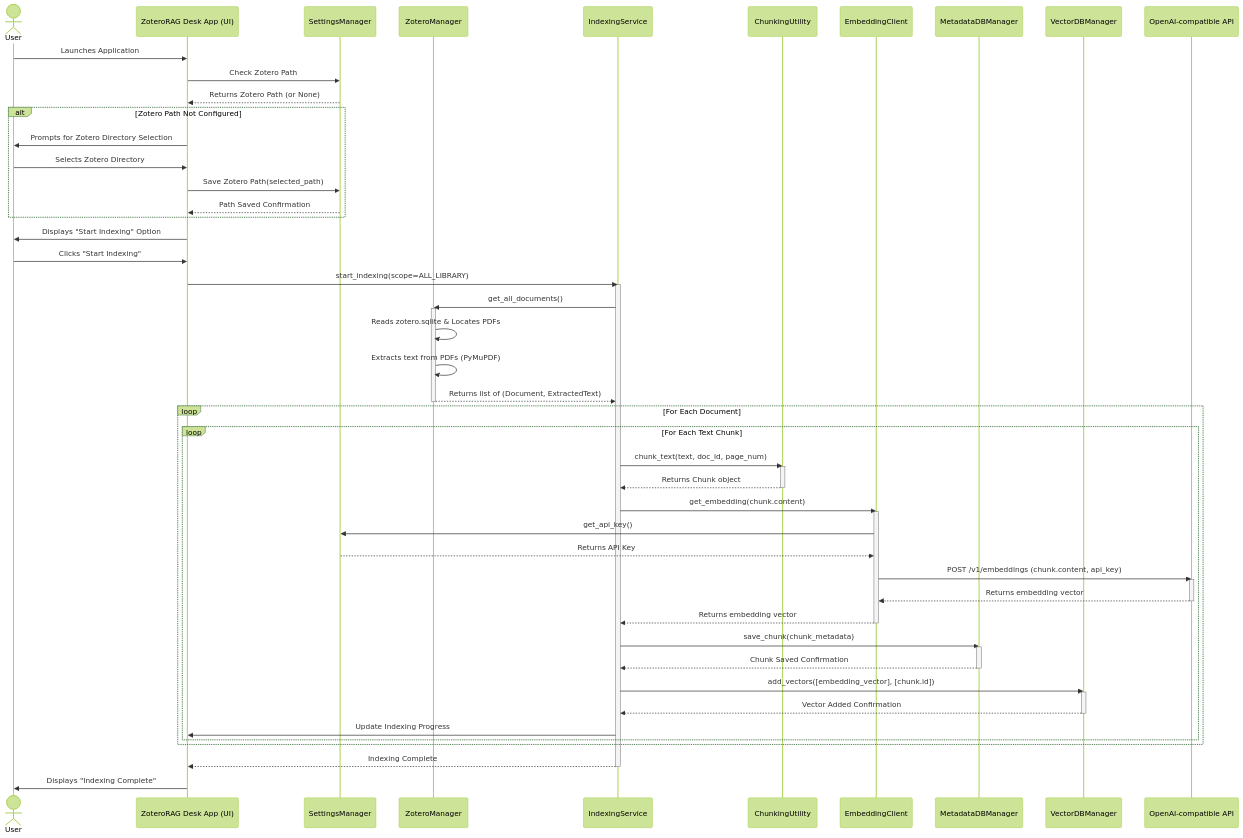
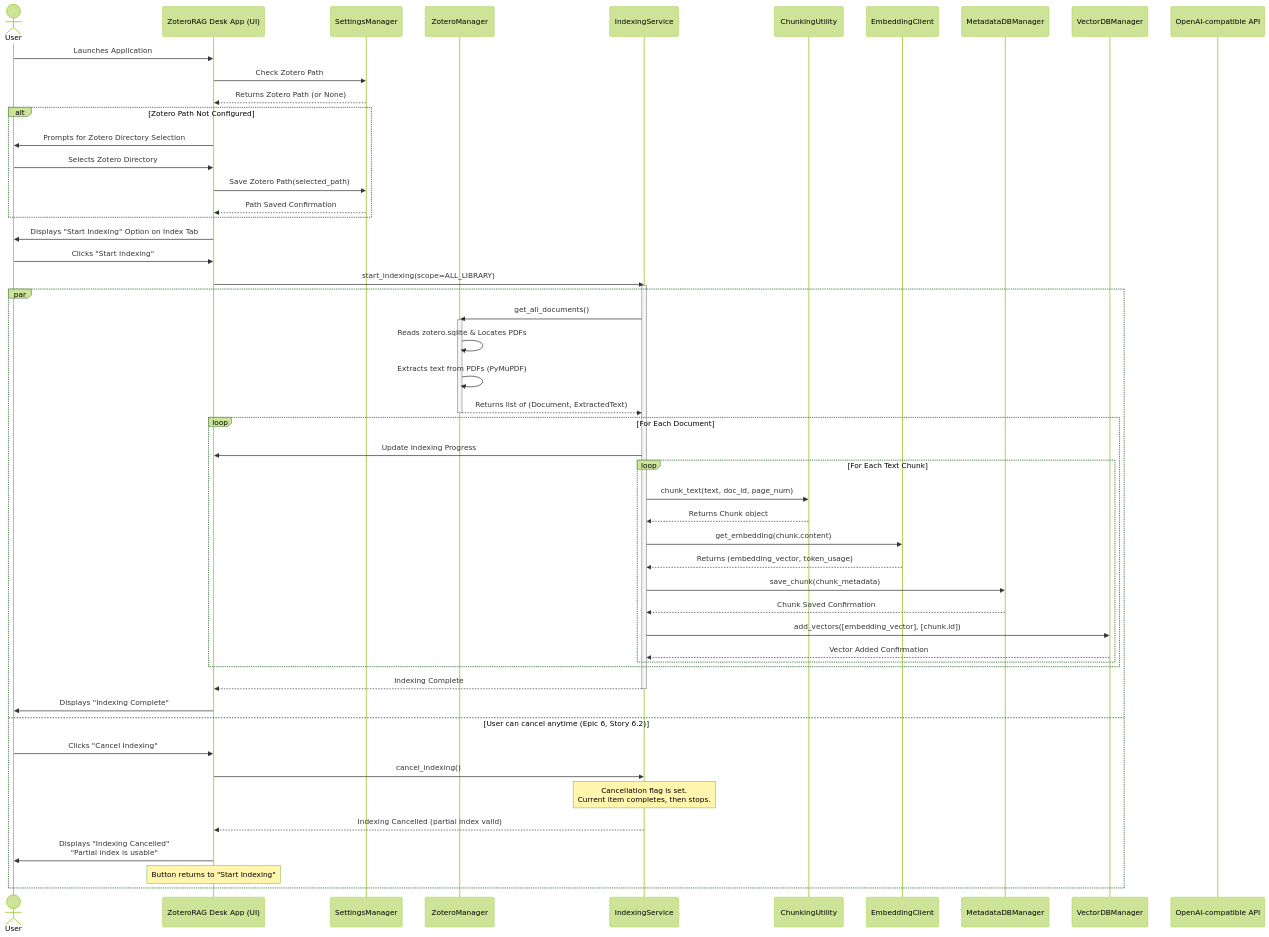
The third of 5 diagrams in docs/architecture.md (zzwwbs/ZoteroRAG), drawn with Mermaid (forest theme) before and after one commit. The commit also changed other lines of this file and 23 other files, not shown here.

First line of the commit message:
Epic 6: Complete Story 6.1 - Implement Tab-Based Interface

````diff
--- a/docs/architecture.md
+++ b/docs/architecture.md
@@ -549,72 +628,67 @@
 ```mermaid
 sequenceDiagram
     actor User
     participant UI as ZoteroRAG Desk App (UI)
     participant SM as SettingsManager
     participant ZM as ZoteroManager
     participant IS as IndexingService
     participant CU as ChunkingUtility
     participant EC as EmbeddingClient
     participant MDM as MetadataDBManager
     participant VDM as VectorDBManager
     participant OAI as OpenAI-compatible API
 
     User->>UI: Launches Application
     UI->>SM: Check Zotero Path
     SM-->>UI: Returns Zotero Path (or None)
 
     alt Zotero Path Not Configured
         UI->>User: Prompts for Zotero Directory Selection
         User->>UI: Selects Zotero Directory
         UI->>SM: Save Zotero Path(selected_path)
         SM-->>UI: Path Saved Confirmation
     end
 
-    UI->>User: Displays "Start Indexing" Option
+    UI->>User: Displays "Start Indexing" Option on Index Tab
     User->>UI: Clicks "Start Indexing"
     UI->>IS: start_indexing(scope=ALL_LIBRARY)
     activate IS
 
-    IS->>ZM: get_all_documents()
-    activate ZM
-    ZM->>ZM: Reads zotero.sqlite & Locates PDFs
-    ZM->>ZM: Extracts text from PDFs (PyMuPDF)
-    ZM-->>IS: Returns list of (Document, ExtractedText)
-    deactivate ZM
+    par
+        IS->>ZM: get_all_documents()
+        activate ZM
+        ZM->>ZM: Reads zotero.sqlite & Locates PDFs
+        ZM->>ZM: Extracts text from PDFs (PyMuPDF)
+        ZM-->>IS: Returns list of (Document, ExtractedText)
+        deactivate ZM
 
-    loop For Each Document
-        loop For Each Text Chunk
-            IS->>CU: chunk_text(text, doc_id, page_num)
-            activate CU
-            CU-->>IS: Returns Chunk object
-            deactivate CU
+        loop For Each Document
+            IS->>UI: Update Indexing Progress
 
-            IS->>EC: get_embedding(chunk.content)
-            activate EC
-            EC->>SM: get_api_key()
-            SM-->>EC: Returns API Key
-            EC->>OAI: POST /v1/embeddings (chunk.content, api_key)
-            activate OAI
-            OAI-->>EC: Returns embedding vector
-            deactivate OAI
-            EC-->>IS: Returns embedding vector
-            deactivate EC
+            loop For Each Text Chunk
+                IS->>CU: chunk_text(text, doc_id, page_num)
+                CU-->>IS: Returns Chunk object
 
-            IS->>MDM: save_chunk(chunk_metadata)
-            activate MDM
-            MDM-->>IS: Chunk Saved Confirmation
-            deactivate MDM
+                IS->>EC: get_embedding(chunk.content)
+                EC-->>IS: Returns (embedding_vector, token_usage)
 
-            IS->>VDM: add_vectors([embedding_vector], [chunk.id])
-            activate VDM
-            VDM-->>IS: Vector Added Confirmation
-            deactivate VDM
+                IS->>MDM: save_chunk(chunk_metadata)
+                MDM-->>IS: Chunk Saved Confirmation
 
-            IS->>UI: Update Indexing Progress
+                IS->>VDM: add_vectors([embedding_vector], [chunk.id])
+                VDM-->>IS: Vector Added Confirmation
+            end
         end
+        IS-->>UI: Indexing Complete
+        deactivate IS
+        UI->>User: Displays "Indexing Complete"
+
+    and User can cancel anytime (Epic 6, Story 6.2)
+        User->>UI: Clicks "Cancel Indexing"
+        UI->>IS: cancel_indexing()
+        Note over IS: Cancellation flag is set.<br/>Current item completes, then stops.
+        IS-->>UI: Indexing Cancelled (partial index valid)
+        UI->>User: Displays "Indexing Cancelled"<br/>"Partial index is usable"
+        Note over UI: Button returns to "Start Indexing"
     end
-
-    IS-->>UI: Indexing Complete
-    deactivate IS
-    UI->>User: Displays "Indexing Complete"
 ```
````
